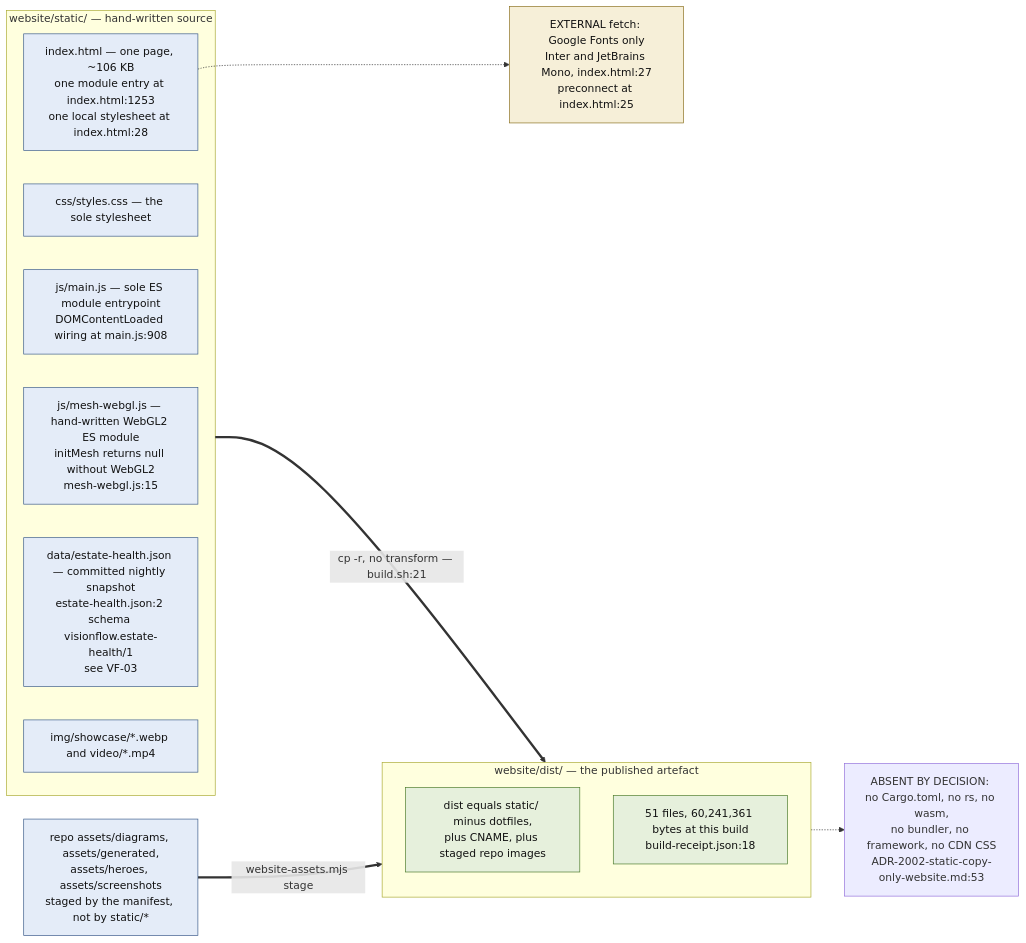
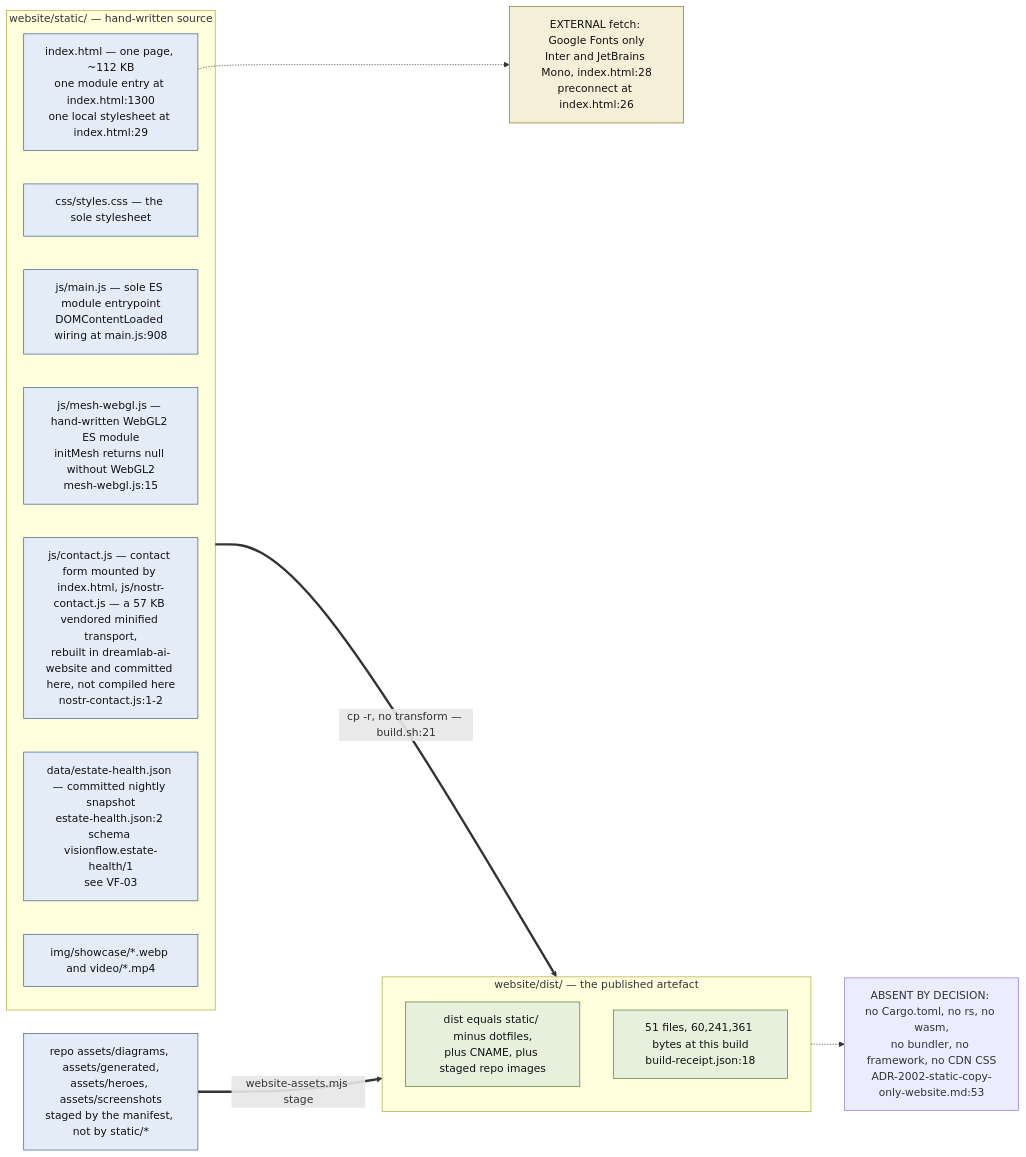
One commit to DreamLab-AI/VisionFlow changed the second of 12 diagrams in docs/diagrams/visionflow/02-website-build-and-deploy.md. Above: the diagram before and after it, drawn with Mermaid. The commit also changed other lines of this file and 160 other files, not shown here.

````diff
--- a/docs/diagrams/visionflow/02-website-build-and-deploy.md
+++ b/docs/diagrams/visionflow/02-website-build-and-deploy.md
@@ -71,30 +73,31 @@
 ```mermaid
 flowchart LR
     classDef src fill:#e4ecf8,stroke:#3a5a8a,color:#111
     classDef out fill:#e6f0dc,stroke:#4a7a2a,color:#111
     classDef ext fill:#f6efd8,stroke:#8a7020,color:#111
 
     subgraph STATIC["website/static/ — hand-written source"]
-        IDX["index.html — one page, ~106 KB<br/>one module entry at index.html:1253<br/>one local stylesheet at index.html:28"]:::src
+        IDX["index.html — one page, ~112 KB<br/>one module entry at index.html:1300<br/>one local stylesheet at index.html:29"]:::src
         CSS["css/styles.css — the sole stylesheet"]:::src
         MAIN["js/main.js — sole ES module entrypoint<br/>DOMContentLoaded wiring at main.js:908"]:::src
         MESH["js/mesh-webgl.js — hand-written WebGL2 ES module<br/>initMesh returns null without WebGL2<br/>mesh-webgl.js:15"]:::src
+        CONTACTF["js/contact.js — contact form mounted by index.html, js/nostr-contact.js — a 57 KB vendored minified transport,<br/>rebuilt in dreamlab-ai-website and committed here, not compiled here<br/>nostr-contact.js:1-2"]:::src
         DATA["data/estate-health.json — committed nightly snapshot<br/>estate-health.json:2 schema visionflow.estate-health/1<br/>see VF-03"]:::src
         MEDIA["img/showcase/*.webp and video/*.mp4"]:::src
     end
 
     subgraph DIST["website/dist/ — the published artefact"]
         D1["dist equals static/ minus dotfiles,<br/>plus CNAME, plus staged repo images"]:::out
         D2["51 files, 60,241,361 bytes at this build<br/>build-receipt.json:18"]:::out
     end
 
     STATIC ==>|"cp -r, no transform — build.sh:21"| DIST
     ASSETS["repo assets/diagrams, assets/generated,<br/>assets/heroes, assets/screenshots<br/>staged by the manifest, not by static/*"]:::src
     ASSETS ==>|"website-assets.mjs stage"| DIST
 
-    FONTS["EXTERNAL fetch: Google Fonts only<br/>Inter and JetBrains Mono, index.html:27<br/>preconnect at index.html:25"]:::ext
+    FONTS["EXTERNAL fetch: Google Fonts only<br/>Inter and JetBrains Mono, index.html:28<br/>preconnect at index.html:26"]:::ext
     IDX -.-> FONTS
 
     NEG["ABSENT BY DECISION: no Cargo.toml, no rs, no wasm,<br/>no bundler, no framework, no CDN CSS<br/>ADR-2002-static-copy-only-website.md:53"]
     DIST -.-> NEG
 ```
````
